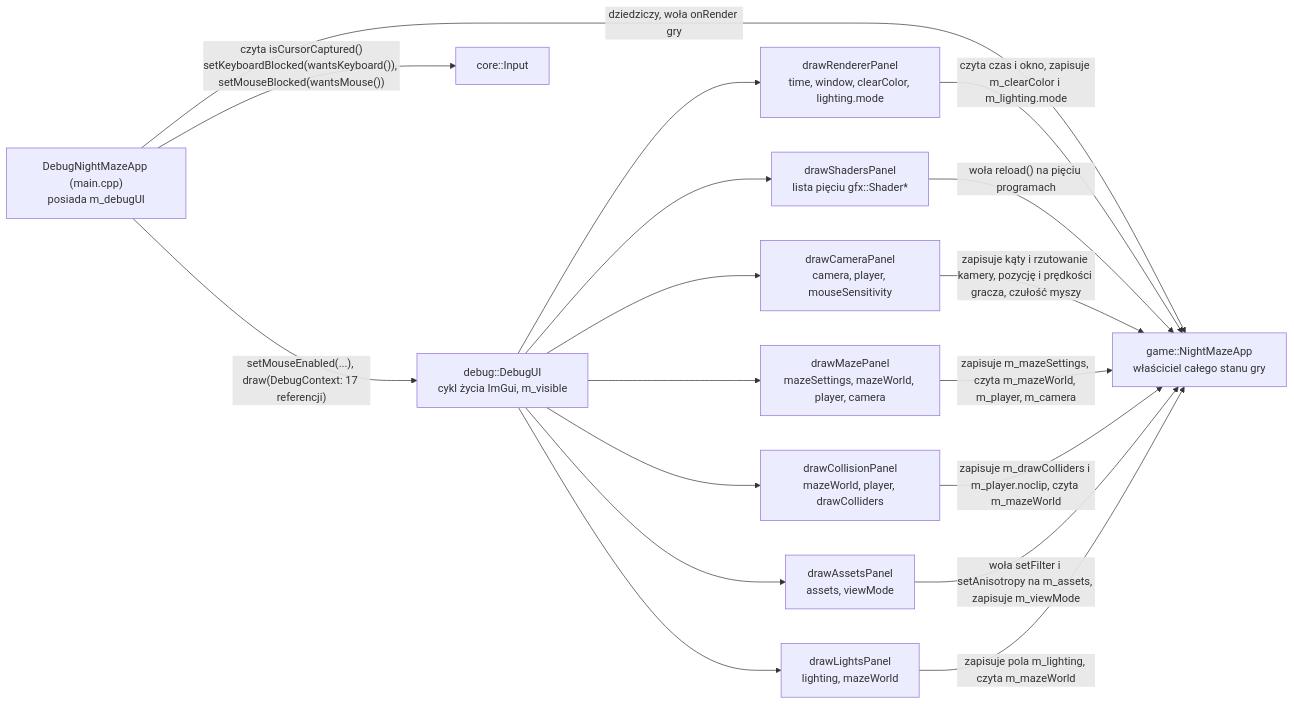
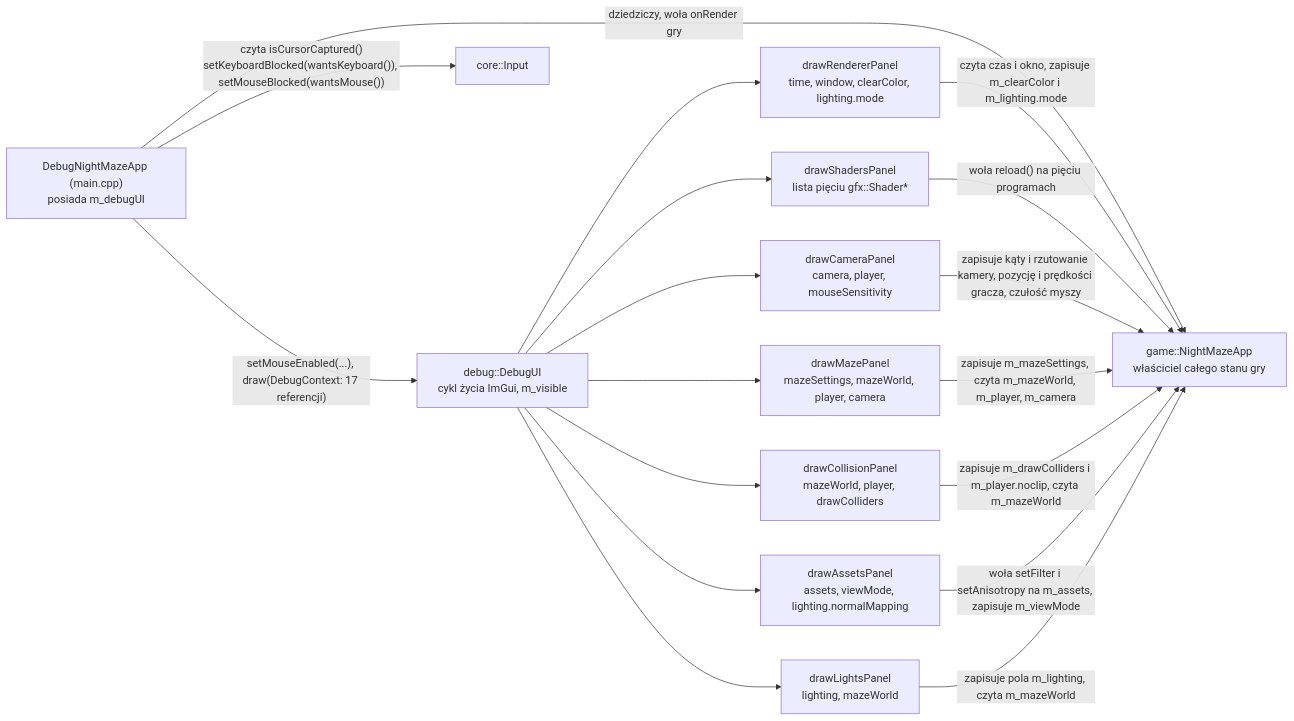
Before and after one commit to Shironex/night-maze: the second of 2 diagrams in docs/modules/debug-ui.md, drawn with Mermaid. The commit also changed other lines of this file and 63 other files, not shown here.

````diff
--- a/docs/modules/debug-ui.md
+++ b/docs/modules/debug-ui.md
@@ -191,20 +191,20 @@
 ```mermaid
 flowchart LR
     Main["DebugNightMazeApp (main.cpp)<br/>posiada m_debugUI"] -->|"setMouseEnabled(...), draw(DebugContext: 17 referencji)"| UI["debug::DebugUI<br/>cykl życia ImGui, m_visible"]
     Main -->|"dziedziczy, woła onRender gry"| Game["game::NightMazeApp<br/>właściciel całego stanu gry"]
     Main -->|"czyta isCursorCaptured()<br/>setKeyboardBlocked(wantsKeyboard()), setMouseBlocked(wantsMouse())"| In["core::Input"]
     UI --> RP["drawRendererPanel<br/>time, window, clearColor, lighting.mode"]
     UI --> SP["drawShadersPanel<br/>lista pięciu gfx::Shader*"]
     UI --> CP["drawCameraPanel<br/>camera, player, mouseSensitivity"]
     UI --> MP["drawMazePanel<br/>mazeSettings, mazeWorld, player, camera"]
     UI --> CO["drawCollisionPanel<br/>mazeWorld, player, drawColliders"]
-    UI --> AP["drawAssetsPanel<br/>assets, viewMode"]
+    UI --> AP["drawAssetsPanel<br/>assets, viewMode, lighting.normalMapping"]
     UI --> LP["drawLightsPanel<br/>lighting, mazeWorld"]
     RP -->|"czyta czas i okno, zapisuje m_clearColor i m_lighting.mode"| Game
     SP -->|"woła reload() na pięciu programach"| Game
     CP -->|"zapisuje kąty i rzutowanie kamery, pozycję i prędkości gracza, czułość myszy"| Game
     MP -->|"zapisuje m_mazeSettings, czyta m_mazeWorld, m_player, m_camera"| Game
     CO -->|"zapisuje m_drawColliders i m_player.noclip, czyta m_mazeWorld"| Game
     AP -->|"woła setFilter i setAnisotropy na m_assets, zapisuje m_viewMode"| Game
     LP -->|"zapisuje pola m_lighting, czyta m_mazeWorld"| Game
 ```
````
